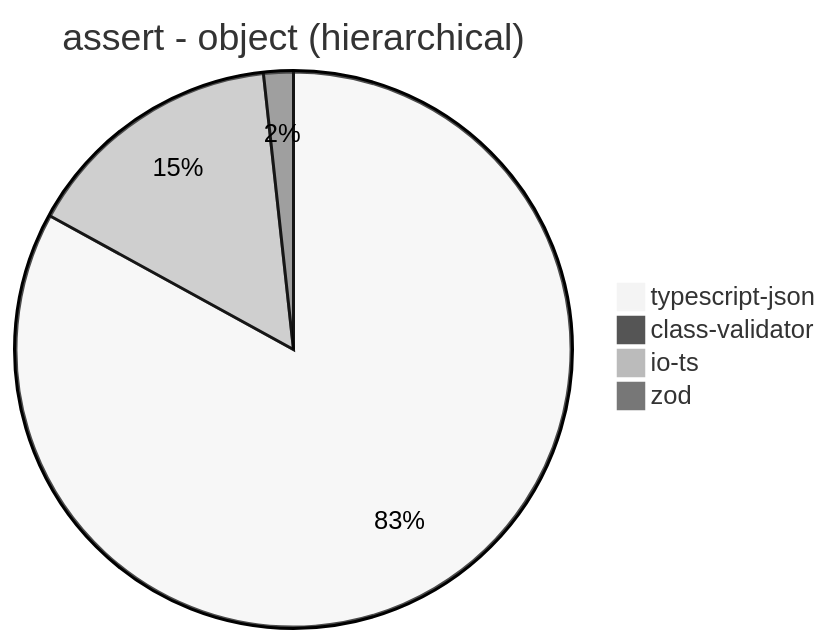
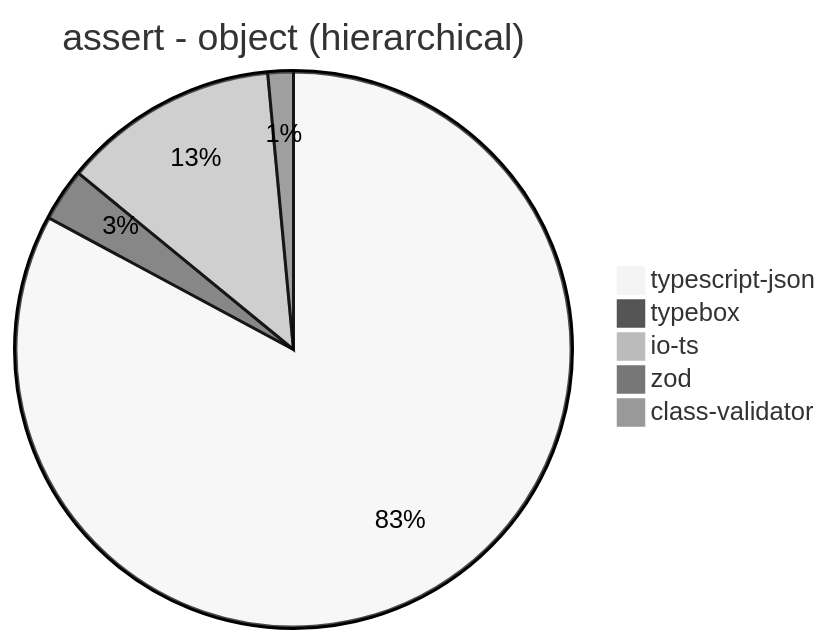
The ninth of 39 diagrams in benchmark/results/11th Gen Intel(R) Core(TM) i5-1135G7 @ 2.40GHz.md (samchon/typia), drawn with Mermaid (neutral theme) before and after one commit. The commit also changed other lines of this file and 16 other files, not shown here.

````diff
--- a/benchmark/results/11th Gen Intel(R) Core(TM) i5-1135G7 @ 2.40GHz.md
+++ b/benchmark/results/11th Gen Intel(R) Core(TM) i5-1135G7 @ 2.40GHz.md
@@ -118,7 +126,8 @@
 ```mermaid
 pie title assert - object (hierarchical)
-  "typescript-json": 19591.43327841845
-  "class-validator": 64.64088397790056
-  "io-ts": 3607.6825050063717
-  "zod": 407.8201737816396
+  "typescript-json": 22107.07669507225
+  "typebox": 821.2906784335356
+  "io-ts": 3357.6873024725787
+  "zod": 395.8333333333333
+  "class-validator": 63.68140943292347
 ```
````
